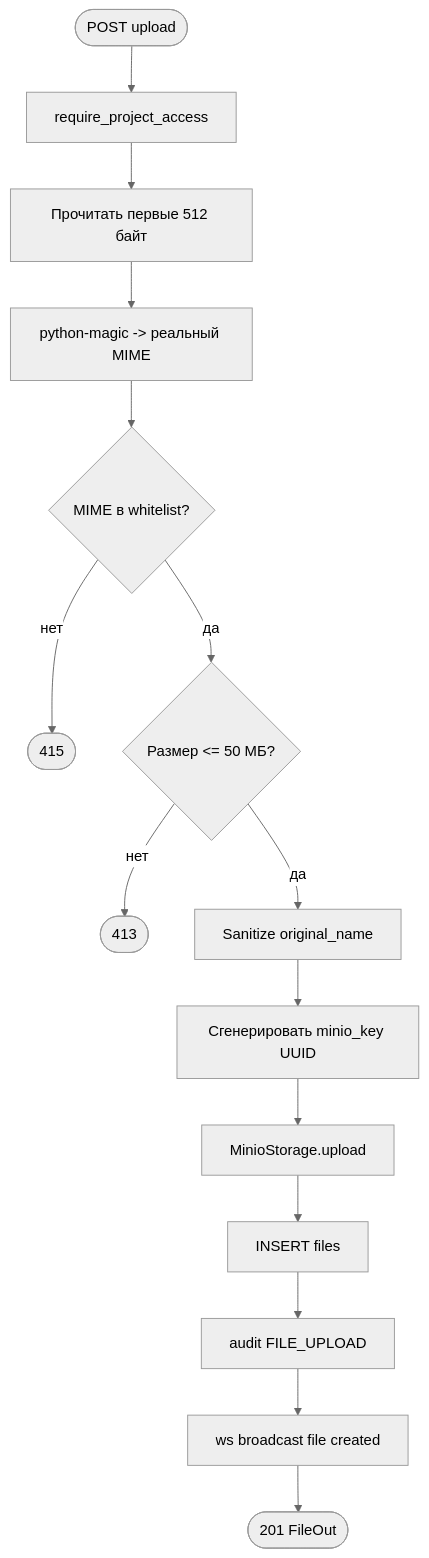
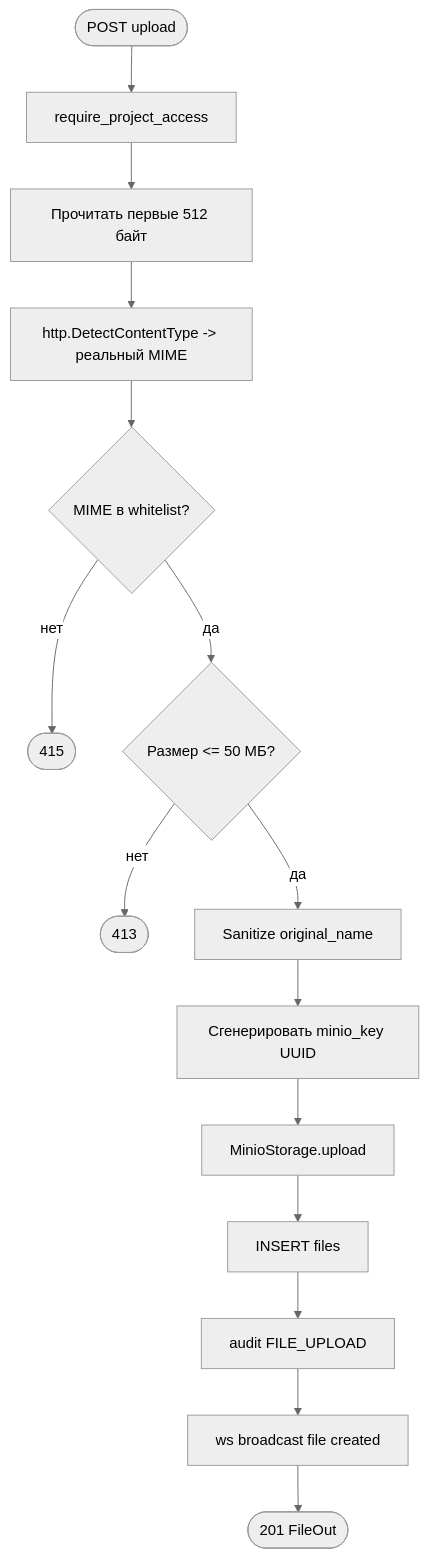
The seventh of 19 diagrams in docs/API_PROCESSES.md (nkolomiika/FROST), drawn with Mermaid (neutral theme) before and after one commit. The commit also changed other lines of this file and 11 other files, not shown here.

````diff
--- a/docs/API_PROCESSES.md
+++ b/docs/API_PROCESSES.md
@@ -531,17 +531,17 @@
 ```mermaid
 flowchart TD
     A([POST upload]) --> B[require_project_access]
     B --> C[Прочитать первые 512 байт]
-    C --> D[python-magic -> реальный MIME]
+    C --> D[http.DetectContentType -> реальный MIME]
     D --> E{MIME в whitelist?}
     E -- "нет" --> X1([415])
     E -- "да" --> F{Размер <= 50 МБ?}
     F -- "нет" --> X2([413])
     F -- "да" --> G[Sanitize original_name]
     G --> H[Сгенерировать minio_key UUID]
     H --> I[MinioStorage.upload]
     I --> J[INSERT files]
     J --> K[audit FILE_UPLOAD]
     K --> L[ws broadcast file created]
     L --> Z([201 FileOut])
 ```
````
